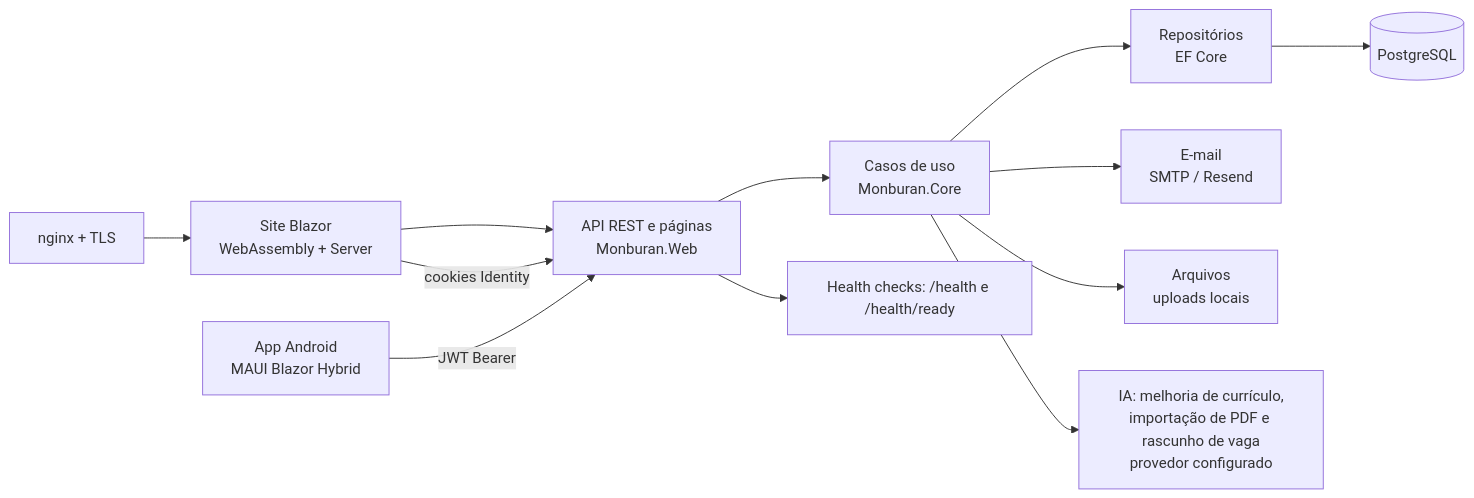
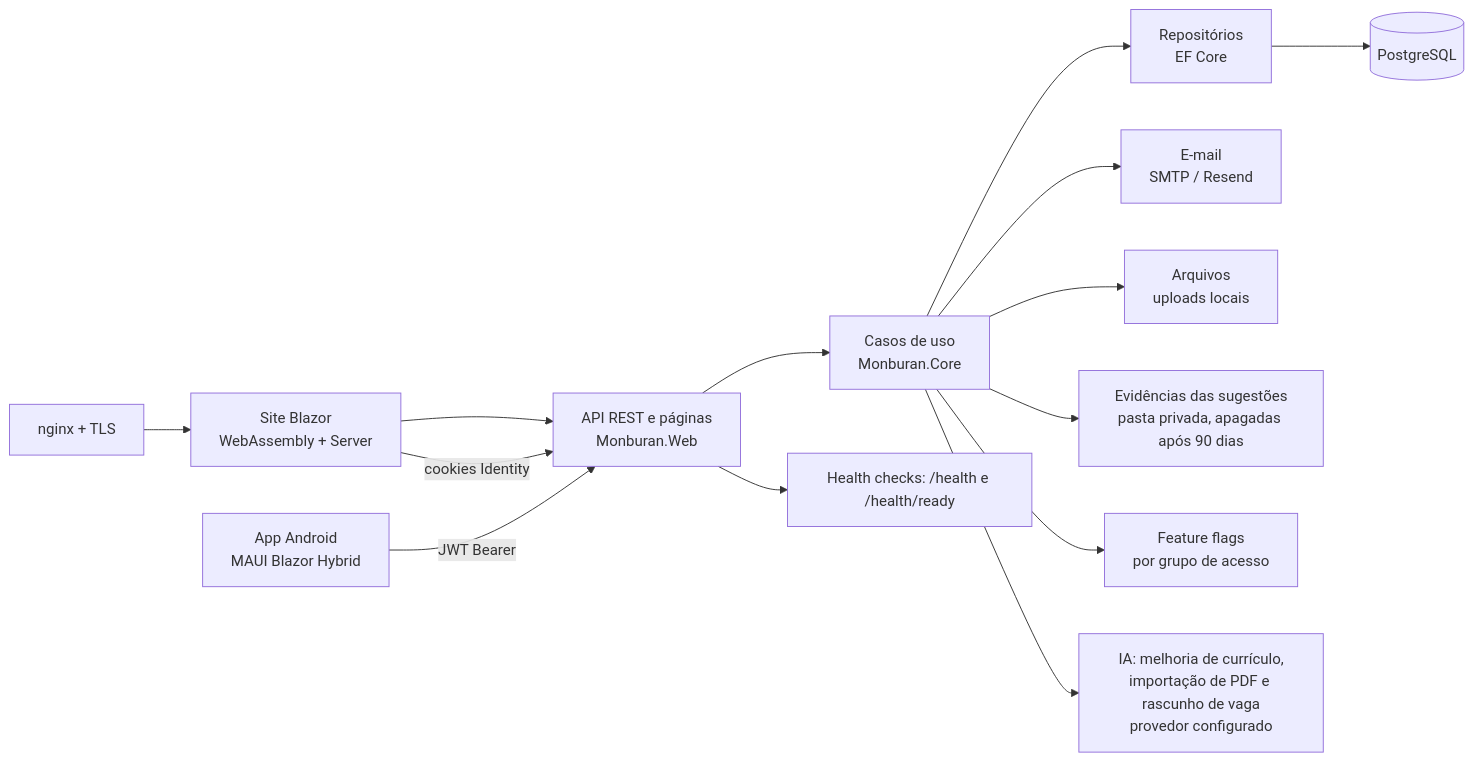
The second of 4 diagrams in docs/fluxo-projeto.md (RondineleG/Monburan), drawn with Mermaid before and after one commit. The commit also changed other lines of this file and 4 other files, not shown here.

````diff
--- a/docs/fluxo-projeto.md
+++ b/docs/fluxo-projeto.md
@@ -38,14 +45,16 @@
 ```mermaid
 flowchart LR
     WEB[Site Blazor<br/>WebAssembly + Server] --> API
     APP[App Android<br/>MAUI Blazor Hybrid] -->|JWT Bearer| API
     WEB -->|cookies Identity| API
     API[API REST e páginas<br/>Monburan.Web] --> UC[Casos de uso<br/>Monburan.Core]
     UC --> REPO[Repositórios<br/>EF Core]
     REPO --> DB[(PostgreSQL)]
     UC --> MAIL[E-mail<br/>SMTP / Resend]
     UC --> FILES[Arquivos<br/>uploads locais]
+    UC --> EVID[Evidências das sugestões<br/>pasta privada, apagadas após 90 dias]
+    UC --> FLAGS[Feature flags<br/>por grupo de acesso]
     UC --> IA[IA: melhoria de currículo,<br/>importação de PDF e rascunho de vaga<br/>provedor configurado]
     API --> HEALTH["Health checks: /health e /health/ready"]
     NGINX[nginx + TLS] --> WEB
 ```
````
